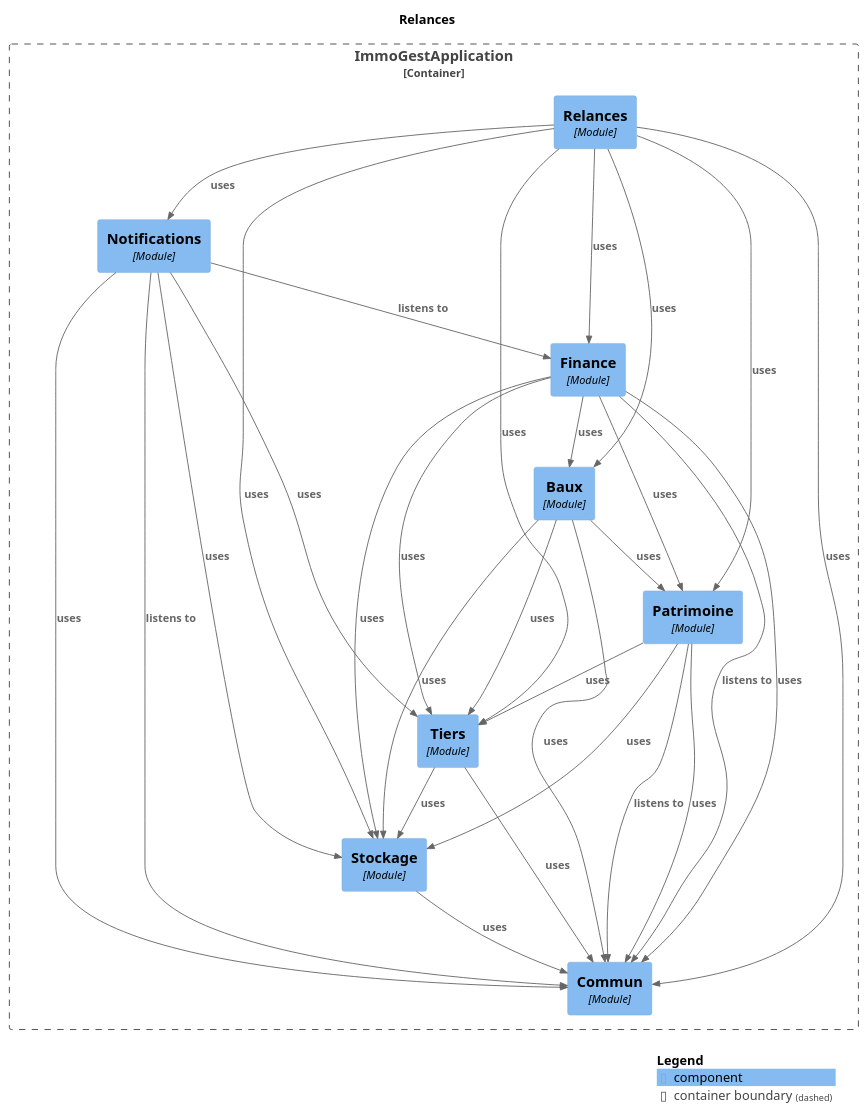
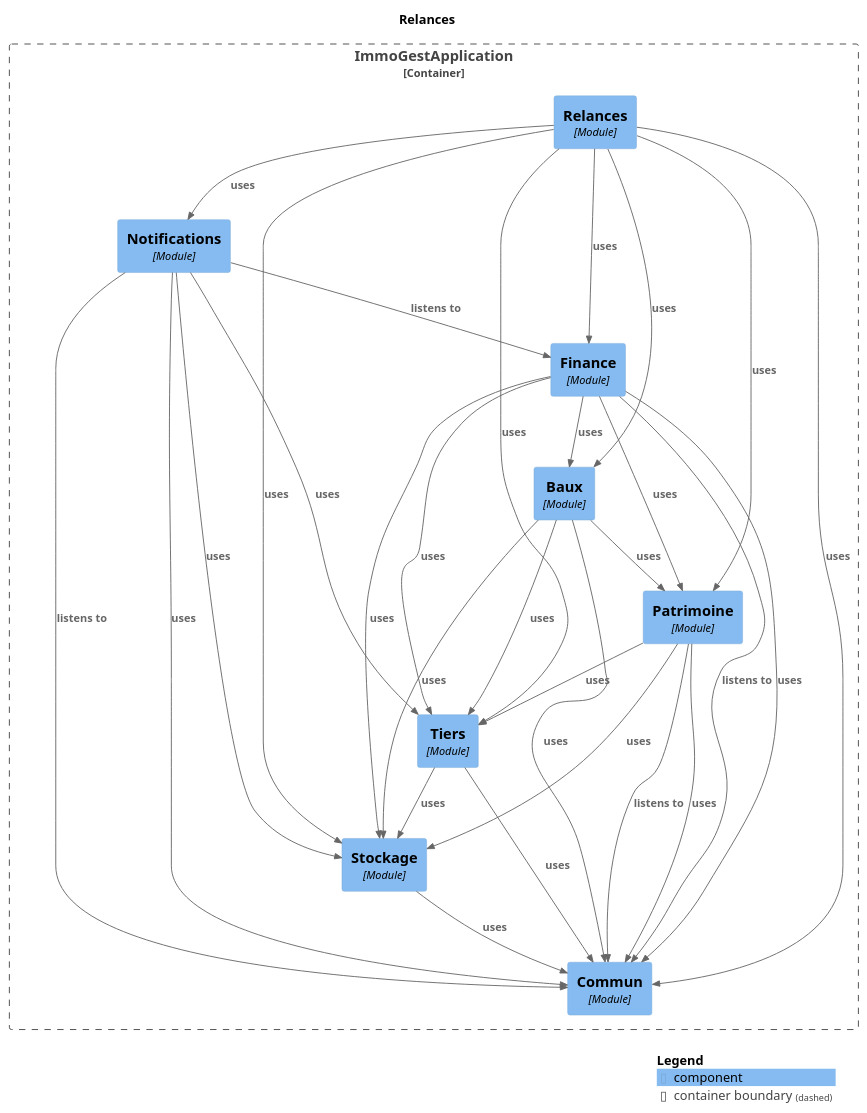
One commit to fixedevelloper/csimmo changed the diagram in docs/modules/module-relance.puml. Above: the diagram before and after it, drawn with PlantUML. The commit also changed other lines of this file and 82 other files, not shown here.

```diff
--- a/docs/modules/module-relance.puml
+++ b/docs/modules/module-relance.puml
@@ -1,53 +1,53 @@
 @startuml
 set separator none
 title Relances
 
 top to bottom direction
 
 !include <C4/C4>
 !include <C4/C4_Context>
 !include <C4/C4_Component>
 
 Container_Boundary("ImmoGestApplication.ImmoGestApplication_boundary", "ImmoGestApplication", $tags="") {
   Component(ImmoGestApplication.ImmoGestApplication.Baux, "Baux", $techn="Module", $descr="", $tags="", $link="")
   Component(ImmoGestApplication.ImmoGestApplication.Finance, "Finance", $techn="Module", $descr="", $tags="", $link="")
   Component(ImmoGestApplication.ImmoGestApplication.Notifications, "Notifications", $techn="Module", $descr="", $tags="", $link="")
   Component(ImmoGestApplication.ImmoGestApplication.Relances, "Relances", $techn="Module", $descr="", $tags="", $link="")
   Component(ImmoGestApplication.ImmoGestApplication.Commun, "Commun", $techn="Module", $descr="", $tags="", $link="")
   Component(ImmoGestApplication.ImmoGestApplication.Stockage, "Stockage", $techn="Module", $descr="", $tags="", $link="")
   Component(ImmoGestApplication.ImmoGestApplication.Tiers, "Tiers", $techn="Module", $descr="", $tags="", $link="")
   Component(ImmoGestApplication.ImmoGestApplication.Patrimoine, "Patrimoine", $techn="Module", $descr="", $tags="", $link="")
 }
 
-Rel(ImmoGestApplication.ImmoGestApplication.Notifications, ImmoGestApplication.ImmoGestApplication.Commun, "uses", $techn="", $tags="", $link="")
 Rel(ImmoGestApplication.ImmoGestApplication.Baux, ImmoGestApplication.ImmoGestApplication.Patrimoine, "uses", $techn="", $tags="", $link="")
 Rel(ImmoGestApplication.ImmoGestApplication.Baux, ImmoGestApplication.ImmoGestApplication.Tiers, "uses", $techn="", $tags="", $link="")
 Rel(ImmoGestApplication.ImmoGestApplication.Baux, ImmoGestApplication.ImmoGestApplication.Stockage, "uses", $techn="", $tags="", $link="")
 Rel(ImmoGestApplication.ImmoGestApplication.Baux, ImmoGestApplication.ImmoGestApplication.Commun, "uses", $techn="", $tags="", $link="")
+Rel(ImmoGestApplication.ImmoGestApplication.Patrimoine, ImmoGestApplication.ImmoGestApplication.Commun, "listens to", $techn="", $tags="", $link="")
+Rel(ImmoGestApplication.ImmoGestApplication.Patrimoine, ImmoGestApplication.ImmoGestApplication.Stockage, "uses", $techn="", $tags="", $link="")
+Rel(ImmoGestApplication.ImmoGestApplication.Patrimoine, ImmoGestApplication.ImmoGestApplication.Commun, "uses", $techn="", $tags="", $link="")
+Rel(ImmoGestApplication.ImmoGestApplication.Patrimoine, ImmoGestApplication.ImmoGestApplication.Tiers, "uses", $techn="", $tags="", $link="")
+Rel(ImmoGestApplication.ImmoGestApplication.Notifications, ImmoGestApplication.ImmoGestApplication.Commun, "listens to", $techn="", $tags="", $link="")
+Rel(ImmoGestApplication.ImmoGestApplication.Notifications, ImmoGestApplication.ImmoGestApplication.Finance, "listens to", $techn="", $tags="", $link="")
+Rel(ImmoGestApplication.ImmoGestApplication.Notifications, ImmoGestApplication.ImmoGestApplication.Stockage, "uses", $techn="", $tags="", $link="")
+Rel(ImmoGestApplication.ImmoGestApplication.Notifications, ImmoGestApplication.ImmoGestApplication.Tiers, "uses", $techn="", $tags="", $link="")
+Rel(ImmoGestApplication.ImmoGestApplication.Notifications, ImmoGestApplication.ImmoGestApplication.Commun, "uses", $techn="", $tags="", $link="")
+Rel(ImmoGestApplication.ImmoGestApplication.Tiers, ImmoGestApplication.ImmoGestApplication.Stockage, "uses", $techn="", $tags="", $link="")
+Rel(ImmoGestApplication.ImmoGestApplication.Tiers, ImmoGestApplication.ImmoGestApplication.Commun, "uses", $techn="", $tags="", $link="")
+Rel(ImmoGestApplication.ImmoGestApplication.Stockage, ImmoGestApplication.ImmoGestApplication.Commun, "uses", $techn="", $tags="", $link="")
 Rel(ImmoGestApplication.ImmoGestApplication.Finance, ImmoGestApplication.ImmoGestApplication.Commun, "listens to", $techn="", $tags="", $link="")
 Rel(ImmoGestApplication.ImmoGestApplication.Finance, ImmoGestApplication.ImmoGestApplication.Patrimoine, "uses", $techn="", $tags="", $link="")
 Rel(ImmoGestApplication.ImmoGestApplication.Finance, ImmoGestApplication.ImmoGestApplication.Commun, "uses", $techn="", $tags="", $link="")
 Rel(ImmoGestApplication.ImmoGestApplication.Finance, ImmoGestApplication.ImmoGestApplication.Baux, "uses", $techn="", $tags="", $link="")
 Rel(ImmoGestApplication.ImmoGestApplication.Finance, ImmoGestApplication.ImmoGestApplication.Tiers, "uses", $techn="", $tags="", $link="")
 Rel(ImmoGestApplication.ImmoGestApplication.Finance, ImmoGestApplication.ImmoGestApplication.Stockage, "uses", $techn="", $tags="", $link="")
 Rel(ImmoGestApplication.ImmoGestApplication.Relances, ImmoGestApplication.ImmoGestApplication.Finance, "uses", $techn="", $tags="", $link="")
 Rel(ImmoGestApplication.ImmoGestApplication.Relances, ImmoGestApplication.ImmoGestApplication.Baux, "uses", $techn="", $tags="", $link="")
 Rel(ImmoGestApplication.ImmoGestApplication.Relances, ImmoGestApplication.ImmoGestApplication.Patrimoine, "uses", $techn="", $tags="", $link="")
 Rel(ImmoGestApplication.ImmoGestApplication.Relances, ImmoGestApplication.ImmoGestApplication.Tiers, "uses", $techn="", $tags="", $link="")
 Rel(ImmoGestApplication.ImmoGestApplication.Relances, ImmoGestApplication.ImmoGestApplication.Notifications, "uses", $techn="", $tags="", $link="")
 Rel(ImmoGestApplication.ImmoGestApplication.Relances, ImmoGestApplication.ImmoGestApplication.Stockage, "uses", $techn="", $tags="", $link="")
 Rel(ImmoGestApplication.ImmoGestApplication.Relances, ImmoGestApplication.ImmoGestApplication.Commun, "uses", $techn="", $tags="", $link="")
-Rel(ImmoGestApplication.ImmoGestApplication.Patrimoine, ImmoGestApplication.ImmoGestApplication.Commun, "listens to", $techn="", $tags="", $link="")
-Rel(ImmoGestApplication.ImmoGestApplication.Patrimoine, ImmoGestApplication.ImmoGestApplication.Stockage, "uses", $techn="", $tags="", $link="")
-Rel(ImmoGestApplication.ImmoGestApplication.Patrimoine, ImmoGestApplication.ImmoGestApplication.Commun, "uses", $techn="", $tags="", $link="")
-Rel(ImmoGestApplication.ImmoGestApplication.Patrimoine, ImmoGestApplication.ImmoGestApplication.Tiers, "uses", $techn="", $tags="", $link="")
-Rel(ImmoGestApplication.ImmoGestApplication.Tiers, ImmoGestApplication.ImmoGestApplication.Stockage, "uses", $techn="", $tags="", $link="")
-Rel(ImmoGestApplication.ImmoGestApplication.Tiers, ImmoGestApplication.ImmoGestApplication.Commun, "uses", $techn="", $tags="", $link="")
-Rel(ImmoGestApplication.ImmoGestApplication.Stockage, ImmoGestApplication.ImmoGestApplication.Commun, "uses", $techn="", $tags="", $link="")
-Rel(ImmoGestApplication.ImmoGestApplication.Notifications, ImmoGestApplication.ImmoGestApplication.Commun, "listens to", $techn="", $tags="", $link="")
-Rel(ImmoGestApplication.ImmoGestApplication.Notifications, ImmoGestApplication.ImmoGestApplication.Finance, "listens to", $techn="", $tags="", $link="")
-Rel(ImmoGestApplication.ImmoGestApplication.Notifications, ImmoGestApplication.ImmoGestApplication.Stockage, "uses", $techn="", $tags="", $link="")
-Rel(ImmoGestApplication.ImmoGestApplication.Notifications, ImmoGestApplication.ImmoGestApplication.Tiers, "uses", $techn="", $tags="", $link="")
 
 SHOW_LEGEND(true)
 @enduml
```
